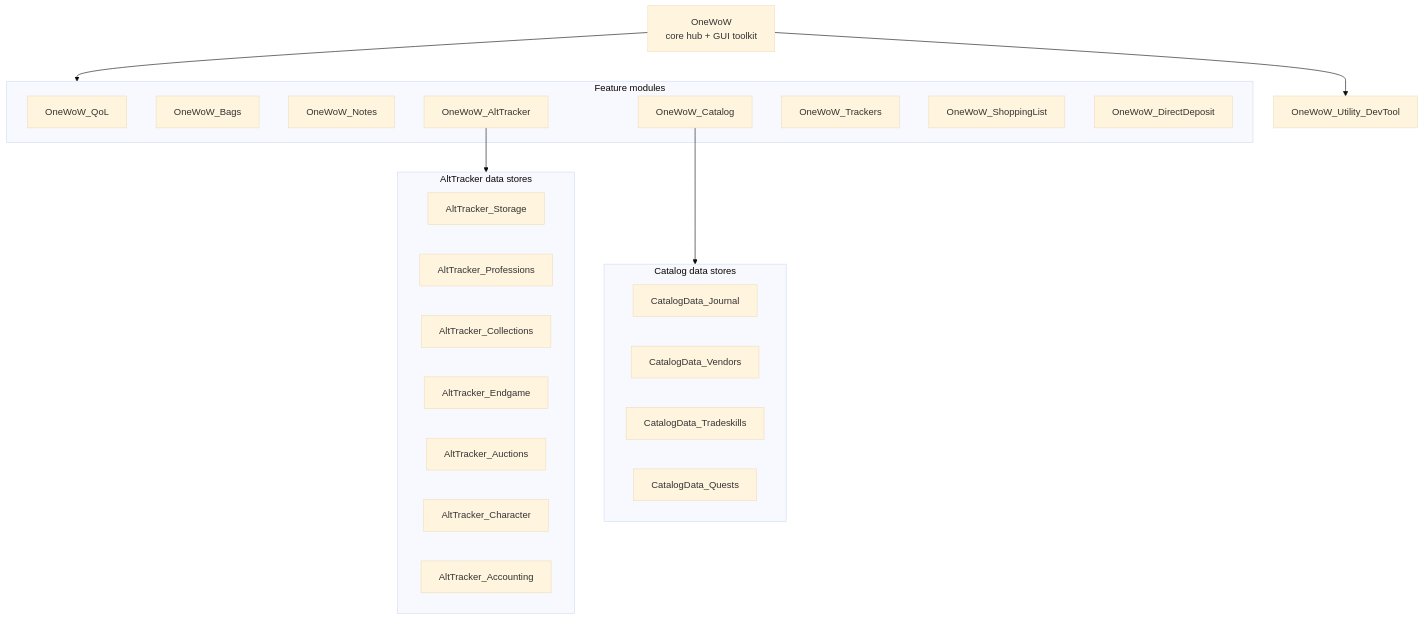
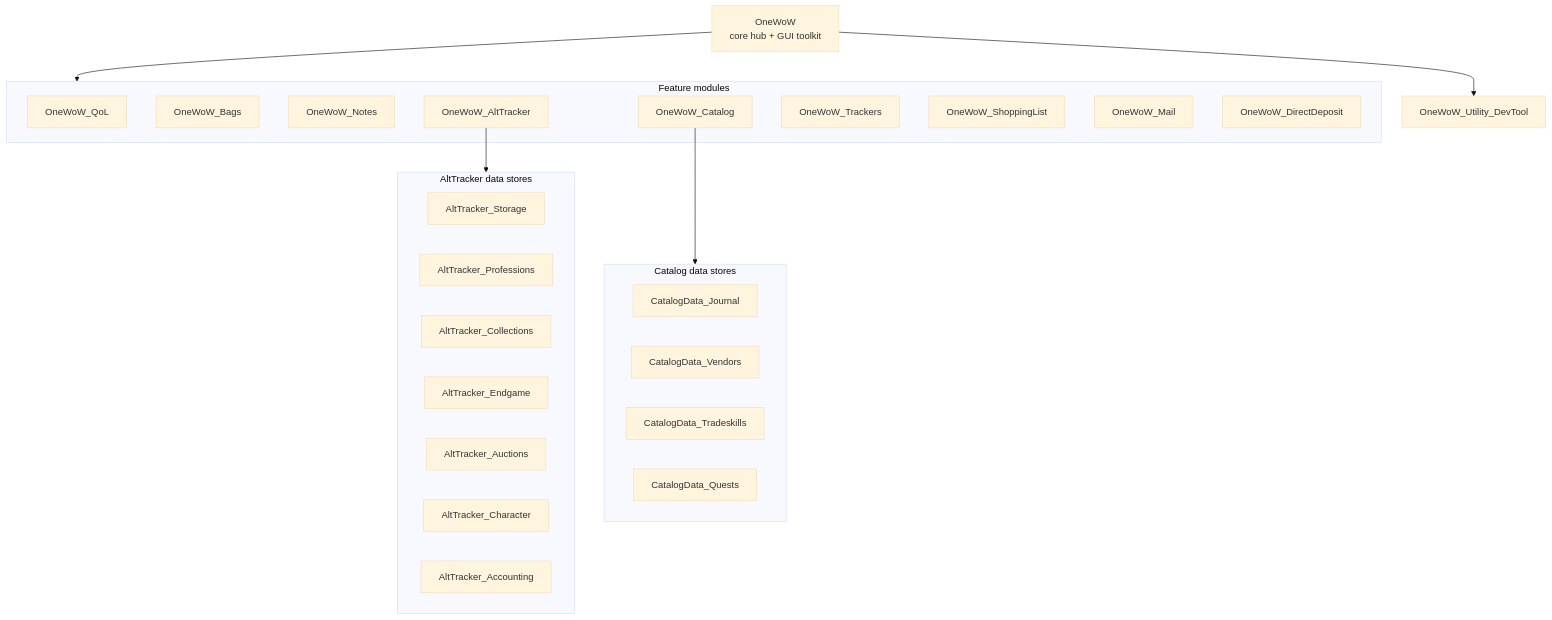
The diagram in README.md (MichinMigugin/OneWoW_Suite), drawn with Mermaid (base theme) before and after one commit. The commit also changed other lines of this file and 8 other files, not shown here.

First line of the commit message:
feat(OneWoW_Mail): introduce Mail feature with enhanced mailbox UI and shipment logistics

````diff
--- a/README.md
+++ b/README.md
@@ -24,38 +24,39 @@
 ```mermaid
 flowchart TB
     OW["OneWoW<br/>core hub + GUI toolkit"]
 
     subgraph Features["Feature modules"]
         QoL[OneWoW_QoL]
         Bags[OneWoW_Bags]
         Notes[OneWoW_Notes]
         Alt[OneWoW_AltTracker]
         Catalog[OneWoW_Catalog]
         Trackers[OneWoW_Trackers]
         Shop[OneWoW_ShoppingList]
+        Mail[OneWoW_Mail]
         DD[OneWoW_DirectDeposit]
     end
     OW --> Features
 
     subgraph CatalogData["Catalog data stores"]
         CDJ[CatalogData_Journal]
         CDV[CatalogData_Vendors]
         CDT[CatalogData_Tradeskills]
         CDQ[CatalogData_Quests]
     end
     Catalog --> CatalogData
 
     subgraph AltData["AltTracker data stores"]
         AltS[AltTracker_Storage]
         AltP[AltTracker_Professions]
         AltC[AltTracker_Collections]
         AltE[AltTracker_Endgame]
         AltA[AltTracker_Auctions]
         AltCh[AltTracker_Character]
         AltAc[AltTracker_Accounting]
     end
     Alt --> AltData
 
     DevTool[OneWoW_Utility_DevTool]
     OW --> DevTool
 ```
````
